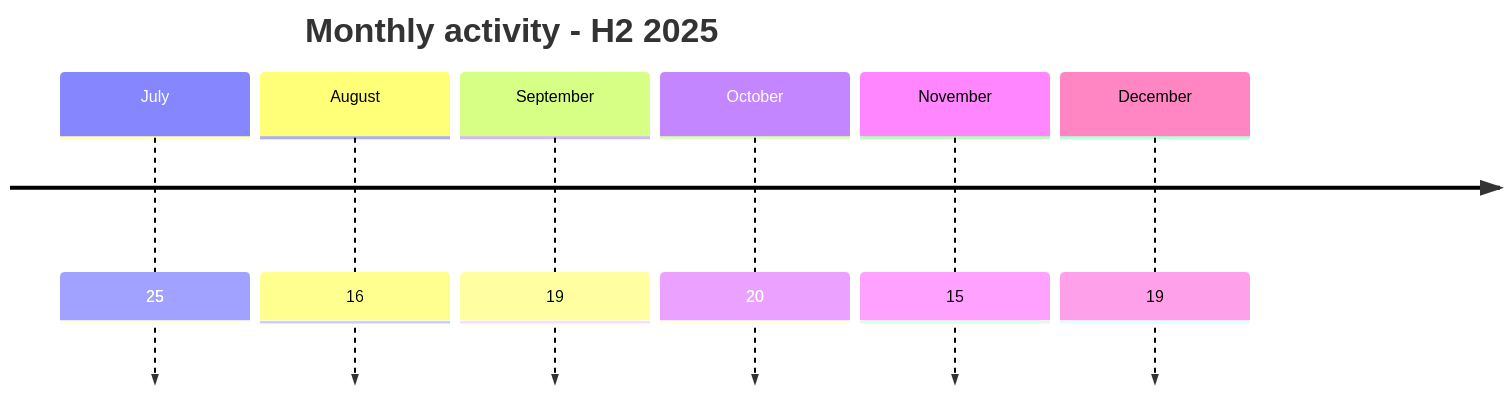
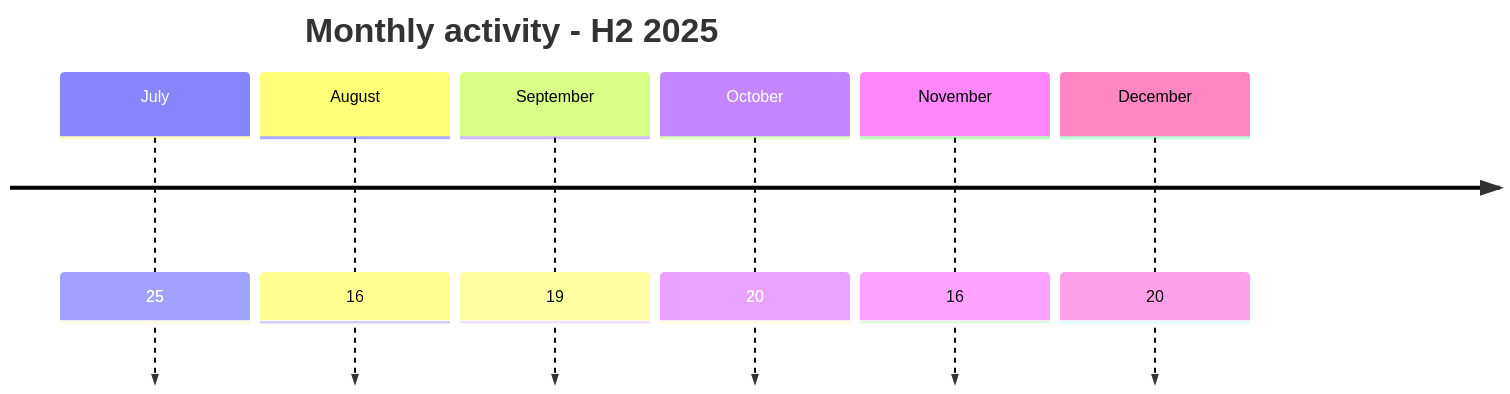
Before and after one commit to Hatchepsoute/AFRINTEL: the first of 2 diagrams in CyberAttackAfrica/2025/README_H2.md, drawn with Mermaid. The commit also changed other lines of this file and 90 other files, not shown here.

````diff
--- a/CyberAttackAfrica/2025/README_H2.md
+++ b/CyberAttackAfrica/2025/README_H2.md
@@ -96,10 +96,10 @@
 ```mermaid
 timeline
     title Monthly activity - H2 2025
     July : 25
     August : 16
     September : 19
     October : 20
-    November : 15
-    December : 19
+    November : 16
+    December : 20
 ```
````
